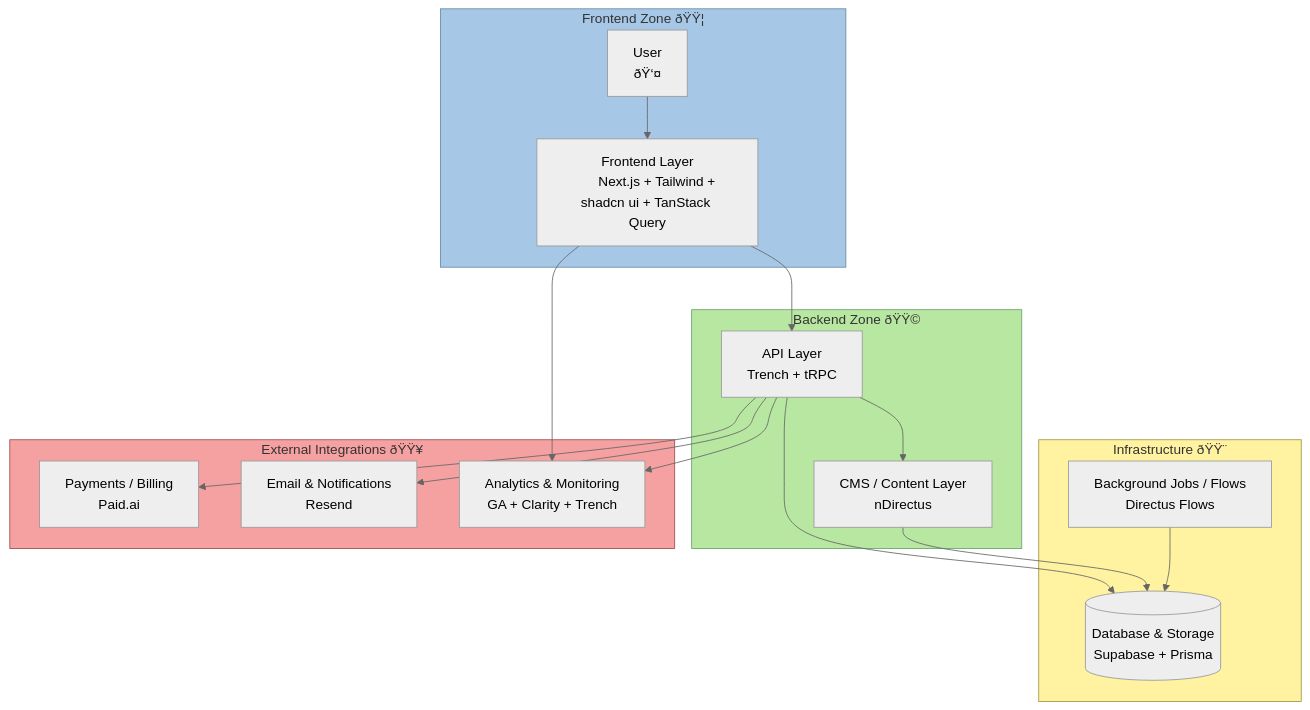
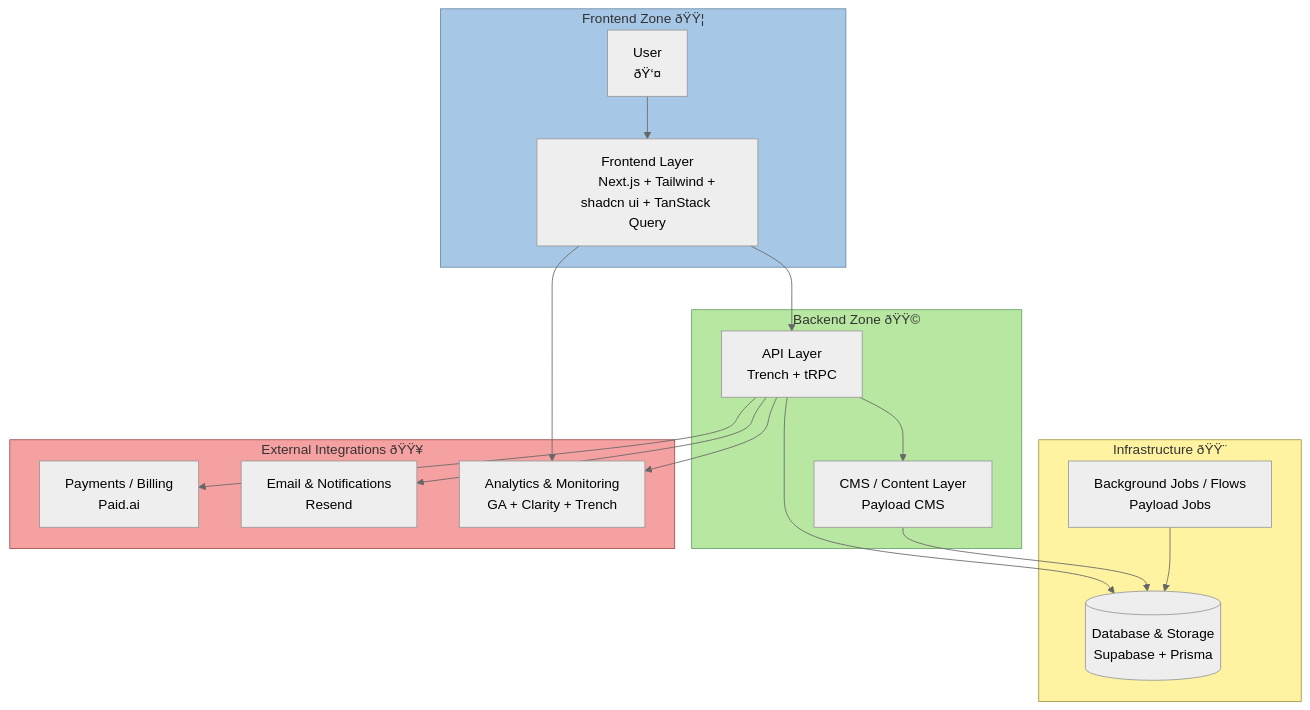
Before and after one commit to MoxyWolfLLC/moxywolf-plugins: the diagram in plugins/github-repo-analyzer/skills/github-repo-analyzer/references/tech-stack.md, drawn with Mermaid (neutral theme). The commit also changed other lines of this file and 4 other files, not shown here.

````diff
--- a/plugins/github-repo-analyzer/skills/github-repo-analyzer/references/tech-stack.md
+++ b/plugins/github-repo-analyzer/skills/github-repo-analyzer/references/tech-stack.md
@@ -106,51 +107,51 @@
 ```mermaid
 flowchart TB
   %% --- ZONE DEFINITIONS ---
   subgraph FrontendZone["Frontend Zone ðŸŸ¦"]
     A[User
       ðŸ‘¤]
     B[Frontend Layer
       Next.js + Tailwind + shadcn ui + TanStack Query]
   end
 
   subgraph BackendZone["Backend Zone ðŸŸ©"]
     C[API Layer
       Trench + tRPC]
     D[CMS / Content Layer
-      nDirectus]
+      Payload CMS]
   end
 
   subgraph Infrastructure["Infrastructure ðŸŸ¨"]
     E[(Database & Storage
        Supabase + Prisma)]
     F[Background Jobs / Flows
-      Directus Flows]
+      Payload Jobs]
   end
 
   subgraph Integrations["External Integrations ðŸŸ¥"]
     G[Payments / Billing
       Paid.ai]
     H[Email & Notifications
       Resend]
     I[Analytics & Monitoring
       GA + Clarity + Trench]
   end
 
   %% --- CONNECTIONS ---
   A --> B
   B --> C
   C --> D
   C --> E
   D --> E
   C --> G
   C --> H
   F --> E
   B --> I
   C --> I
 
   %% --- STYLE CUSTOMIZATION ---
   style FrontendZone fill:#A7C7E7,stroke:#6B8BA4
   style BackendZone fill:#B7E7A1,stroke:#6BA46B
   style Infrastructure fill:#FFF2A1,stroke:#A49547
   style Integrations fill:#F6A1A1,stroke:#A14E4E
   ```
````
